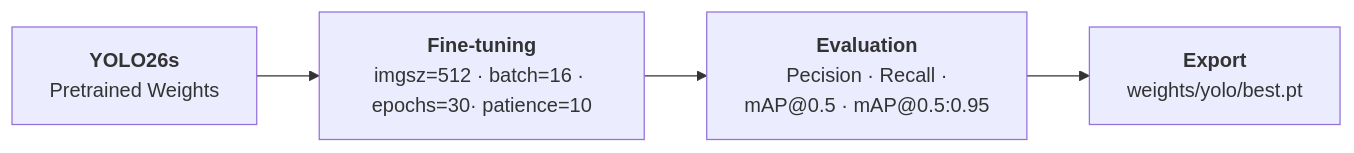
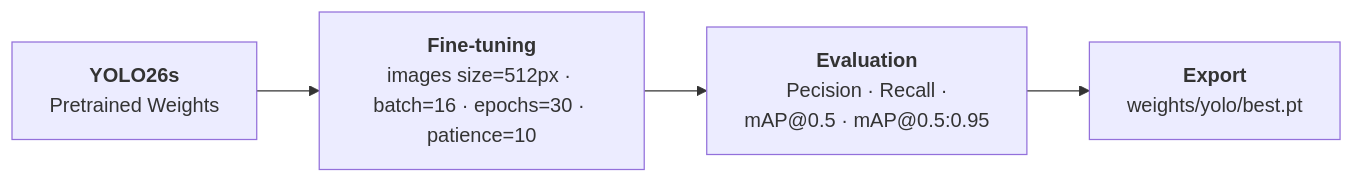
Before and after one commit to dydy2010/computer_vision_hslu_2026: the first of 5 diagrams in report.md, drawn with Mermaid. The commit also changed other lines of this file, not shown here.

````diff
--- a/report.md
+++ b/report.md
@@ -29,7 +29,7 @@
 ```mermaid 
 flowchart LR
     A["<b>YOLO26s</b><br/>Pretrained Weights"]
-    --> B["<b>Fine-tuning</b><br/>imgsz=512 · batch=16 · epochs=30· patience=10"]
+    --> B["<b>Fine-tuning</b><br/>images size=512px · batch=16 · epochs=30 · patience=10"]
     --> C["<b>Evaluation</b><br/>Pecision · Recall · <br/> mAP@0.5 · mAP@0.5:0.95"]
     --> D["<b>Export</b><br/>weights/yolo/best.pt"]
 ```
````
